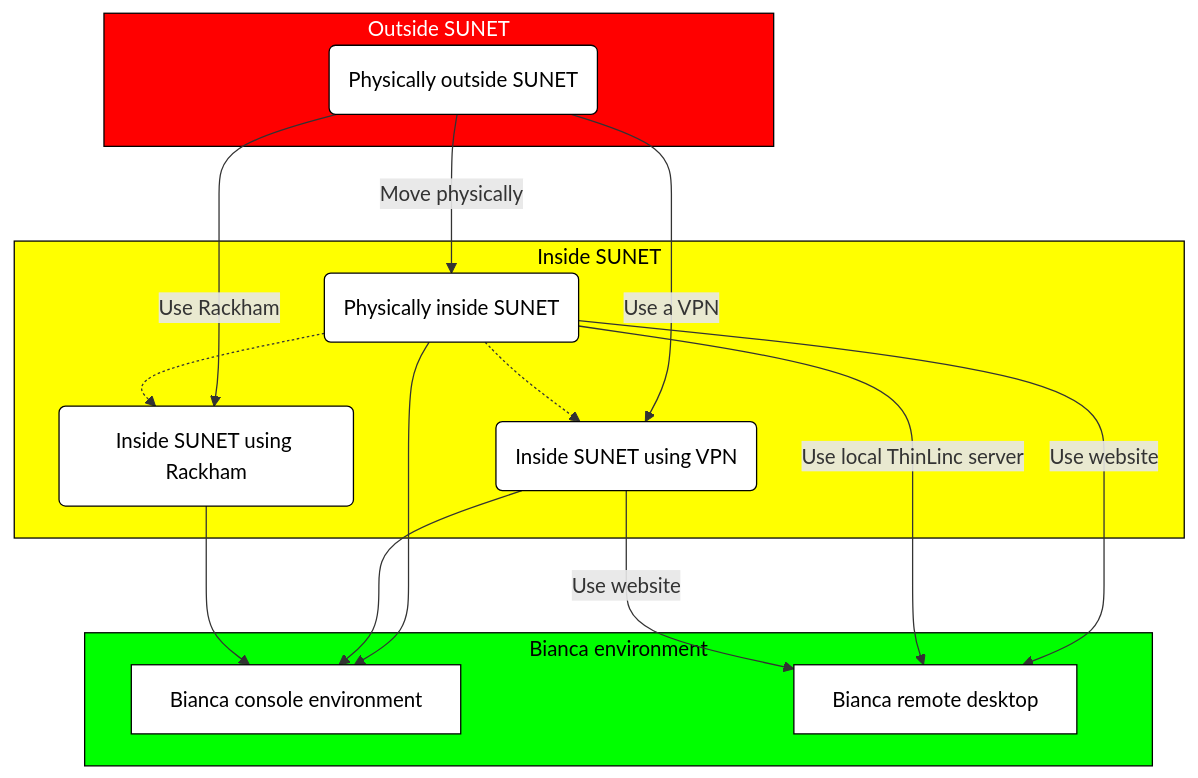
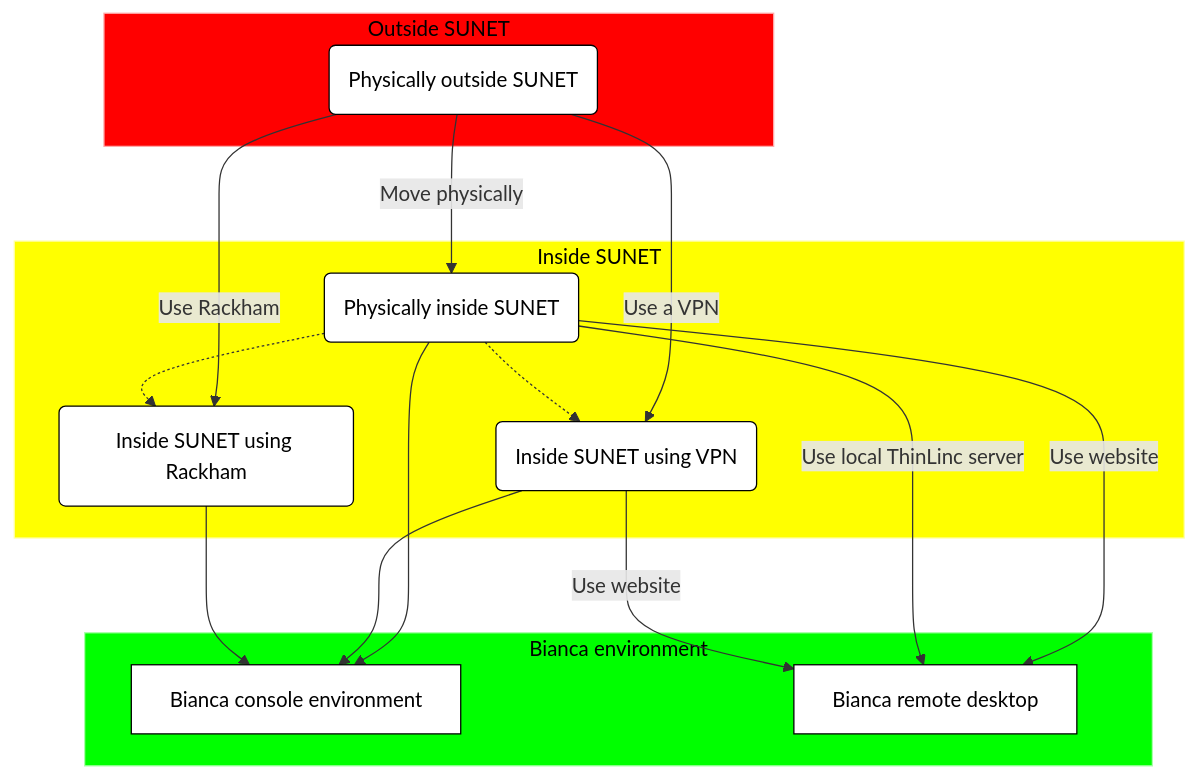
One commit to UPPMAX/bianca_workshop changed the diagram in docs/login_bianca.md. Above: the diagram before and after it, drawn with Mermaid.

Commit message:
Subgraphs have softer edge

````diff
--- a/docs/login_bianca.md
+++ b/docs/login_bianca.md
@@ -12,41 +12,41 @@
 ```mermaid
 flowchart TD
 
     subgraph sub_outside[Outside SUNET]
       outside(Physically outside SUNET)
       style outside fill:#fff,color:#000,stroke:#000
     end    
-    style sub_outside fill:#f00,color:#fff,stroke:#000
+    style sub_outside fill:#f00,color:#000,stroke:#faa
 
     subgraph sub_inside[Inside SUNET]
       physically_inside(Physically inside SUNET)
       inside_using_vpn(Inside SUNET using VPN)
       inside_using_rackham(Inside SUNET using Rackham)
       style physically_inside fill:#fff,color:#000,stroke:#000
       style inside_using_vpn fill:#fff,color:#000,stroke:#000
       style inside_using_rackham fill:#fff,color:#000,stroke:#000
     end
-    style sub_inside fill:#ff0,color:#000,stroke:#000
+    style sub_inside fill:#ff0,color:#000,stroke:#ffa
 
     subgraph sub_bianca_env[Bianca environment]
       bianca_console[Bianca console environment]
       bianca_remote_desktop[Bianca remote desktop] 
       style bianca_console fill:#fff,color:#000,stroke:#000
       style bianca_remote_desktop fill:#fff,color:#000,stroke:#000
       %% style bianca_console fill:#000,color:#0f0,stroke:#000
       %% style bianca_remote_desktop fill:#bbf,color:#fff,stroke:#00f
     end
-    style sub_bianca_env fill:#0f0,color:#000,stroke:#000
+    style sub_bianca_env fill:#0f0,color:#000,stroke:#afa
 
     outside-->|Move physically|physically_inside
     outside-->|Use a VPN|inside_using_vpn
     outside-->|Use Rackham|inside_using_rackham
     physically_inside-->bianca_console
     physically_inside-->|Use website|bianca_remote_desktop
     physically_inside-->|Use local ThinLinc server|bianca_remote_desktop
     physically_inside-.->inside_using_rackham
     physically_inside-.->inside_using_vpn
     inside_using_vpn-->bianca_console
     inside_using_vpn-->|Use website|bianca_remote_desktop
     inside_using_rackham-->bianca_console
 ```
````
